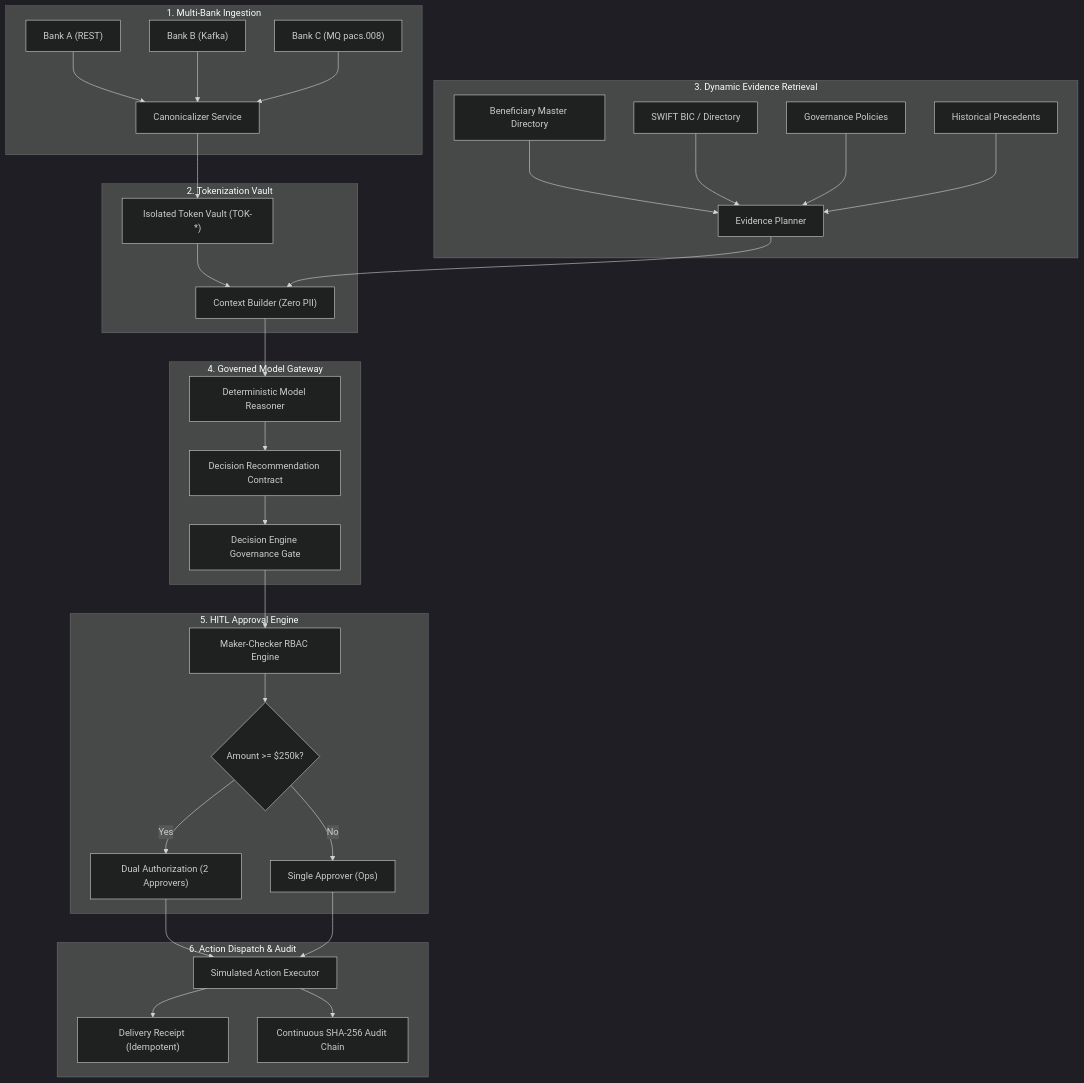
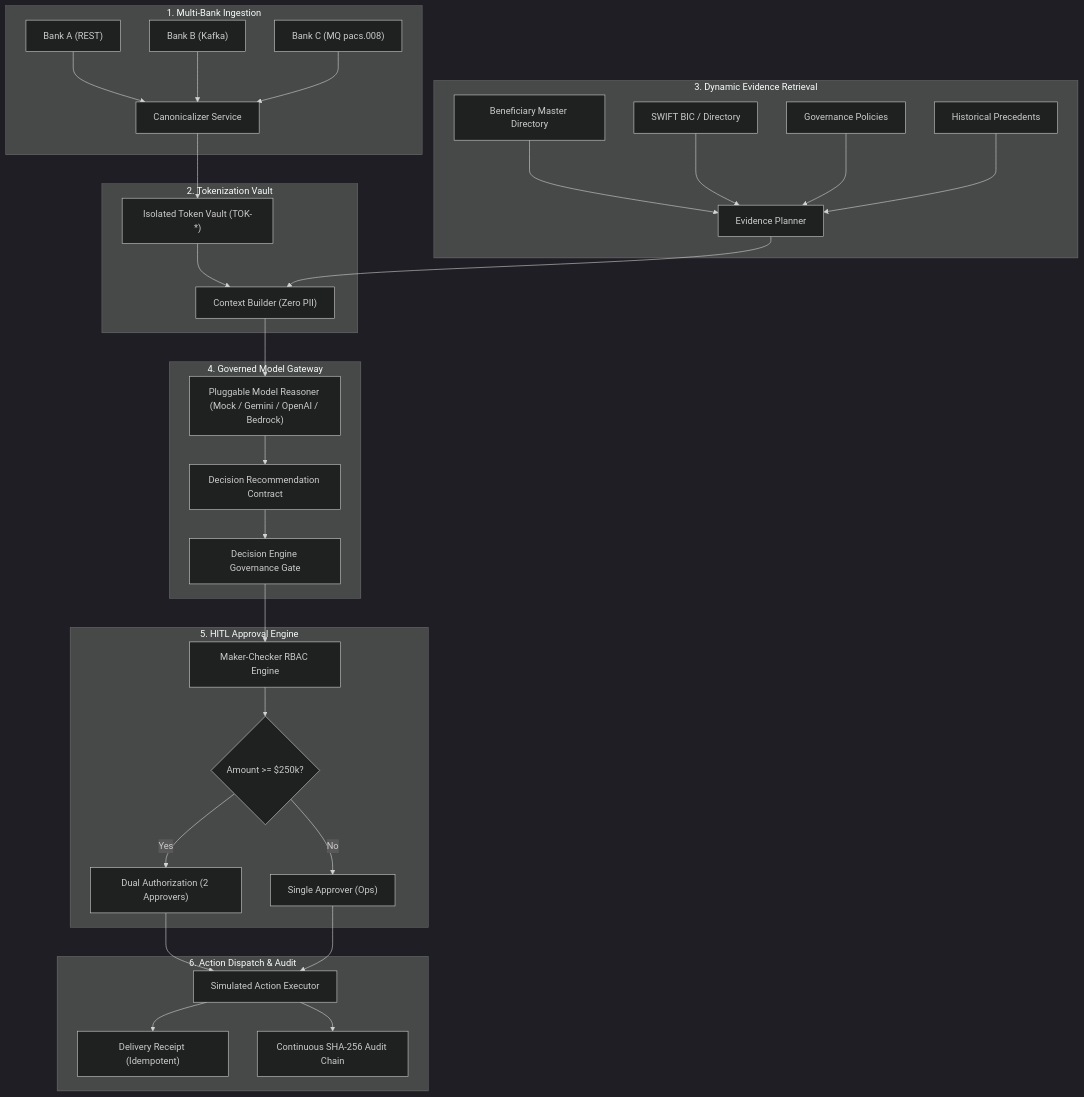
Before and after one commit to pawanzone/PeX: the diagram in README.md, drawn with Mermaid (dark theme). The commit also changed other lines of this file and 13 other files, not shown here.

Commit message:
feat(replit): configure Replit readiness and document cloud-provider agnostic architecture (v1.9.4)

````diff
--- a/README.md
+++ b/README.md
@@ -28,41 +30,41 @@
 ```mermaid
 flowchart TD
     subgraph Ingestion["1. Multi-Bank Ingestion"]
         BankA["Bank A (REST)"] --> Canon["Canonicalizer Service"]
         BankB["Bank B (Kafka)"] --> Canon
         BankC["Bank C (MQ pacs.008)"] --> Canon
     end
 
     subgraph Privacy["2. Tokenization Vault"]
         Canon --> Vault["Isolated Token Vault (TOK-*)"]
         Vault --> Context["Context Builder (Zero PII)"]
     end
 
     subgraph Evidence["3. Dynamic Evidence Retrieval"]
         BMD["Beneficiary Master Directory"] --> EVD["Evidence Planner"]
         SWIFT["SWIFT BIC / Directory"] --> EVD
         POL["Governance Policies"] --> EVD
         HIST["Historical Precedents"] --> EVD
         EVD --> Context
     end
 
     subgraph Reasoning["4. Governed Model Gateway"]
-        Context --> AI["Deterministic Model Reasoner"]
+        Context --> AI["Pluggable Model Reasoner (Mock / Gemini / OpenAI / Bedrock)"]
         AI --> Contract["Decision Recommendation Contract"]
         Contract --> Gate["Decision Engine Governance Gate"]
     end
 
     subgraph Approval["5. HITL Approval Engine"]
         Gate --> MakerChecker["Maker-Checker RBAC Engine"]
         MakerChecker --> DualAuth{"Amount >= $250k?"}
         DualAuth -- Yes --> TwoOfficers["Dual Authorization (2 Approvers)"]
         DualAuth -- No --> OneOfficer["Single Approver (Ops)"]
     end
 
     subgraph Settlement["6. Action Dispatch & Audit"]
         TwoOfficers --> Exec["Simulated Action Executor"]
         OneOfficer --> Exec
         Exec --> Receipt["Delivery Receipt (Idempotent)"]
         Exec --> Audit["Continuous SHA-256 Audit Chain"]
     end
 ```
````
